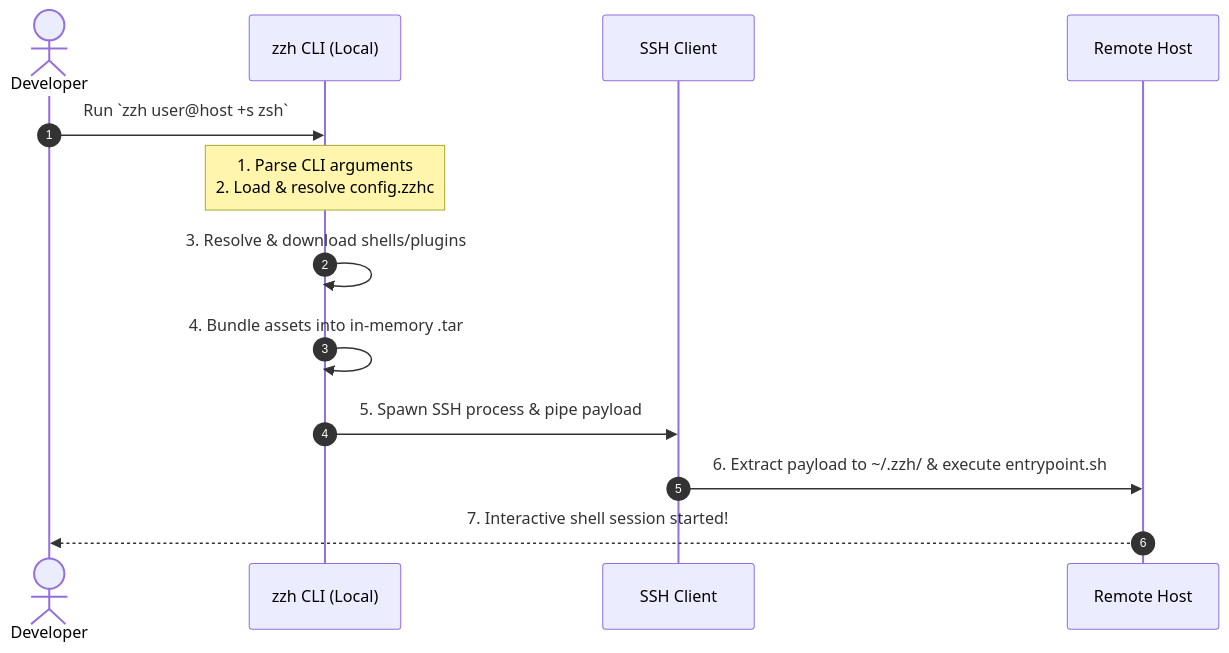
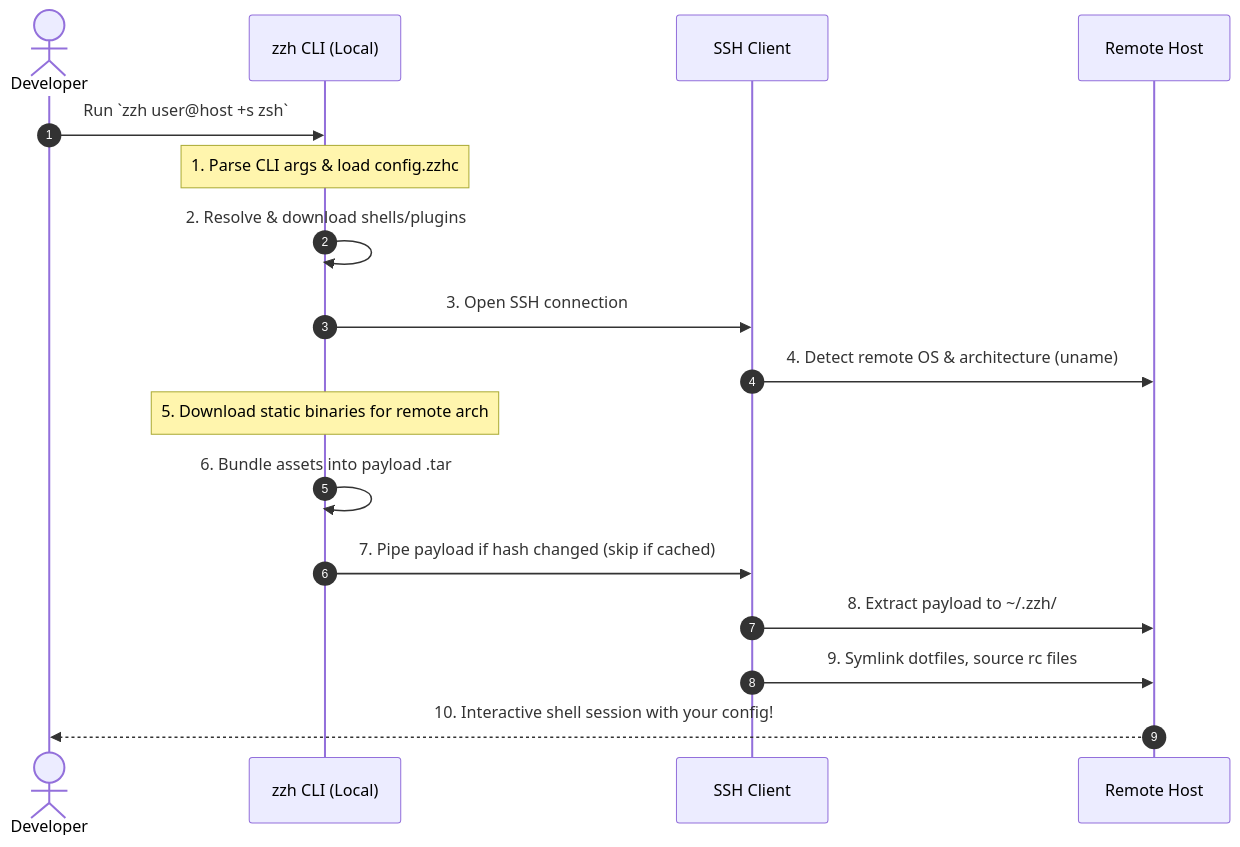
The diagram in README.md (msenturk/zzh), drawn with Mermaid before and after one commit. The commit also changed other lines of this file and 11 other files, not shown here.

Commit message:
feat: implement core zzh orchestrator functionality in Zig with automated binary provisioning, configuration management, and shell integration

````diff
--- a/README.md
+++ b/README.md
@@ -27,16 +22,20 @@
 ```mermaid
 sequenceDiagram
     autonumber
     actor User as Developer
     participant ZZH as zzh CLI (Local)
     participant SSH as SSH Client
     participant Remote as Remote Host
 
     User->>ZZH: Run `zzh user@host +s zsh`
-    Note over ZZH: 1. Parse CLI arguments<br/>2. Load & resolve config.zzhc
-    ZZH->>ZZH: 3. Resolve & download shells/plugins
-    ZZH->>ZZH: 4. Bundle assets into in-memory .tar
-    ZZH->>SSH: 5. Spawn SSH process & pipe payload
-    SSH->>Remote: 6. Extract payload to ~/.zzh/ & execute entrypoint.sh
-    Remote-->>User: 7. Interactive shell session started!
+    Note over ZZH: 1. Parse CLI args & load config.zzhc
+    ZZH->>ZZH: 2. Resolve & download shells/plugins
+    ZZH->>SSH: 3. Open SSH connection
+    SSH->>Remote: 4. Detect remote OS & architecture (uname)
+    Note over ZZH: 5. Download static binaries for remote arch
+    ZZH->>ZZH: 6. Bundle assets into payload .tar
+    ZZH->>SSH: 7. Pipe payload if hash changed (skip if cached)
+    SSH->>Remote: 8. Extract payload to ~/.zzh/
+    SSH->>Remote: 9. Symlink dotfiles, source rc files
+    Remote-->>User: 10. Interactive shell session with your config!
 ```
````
